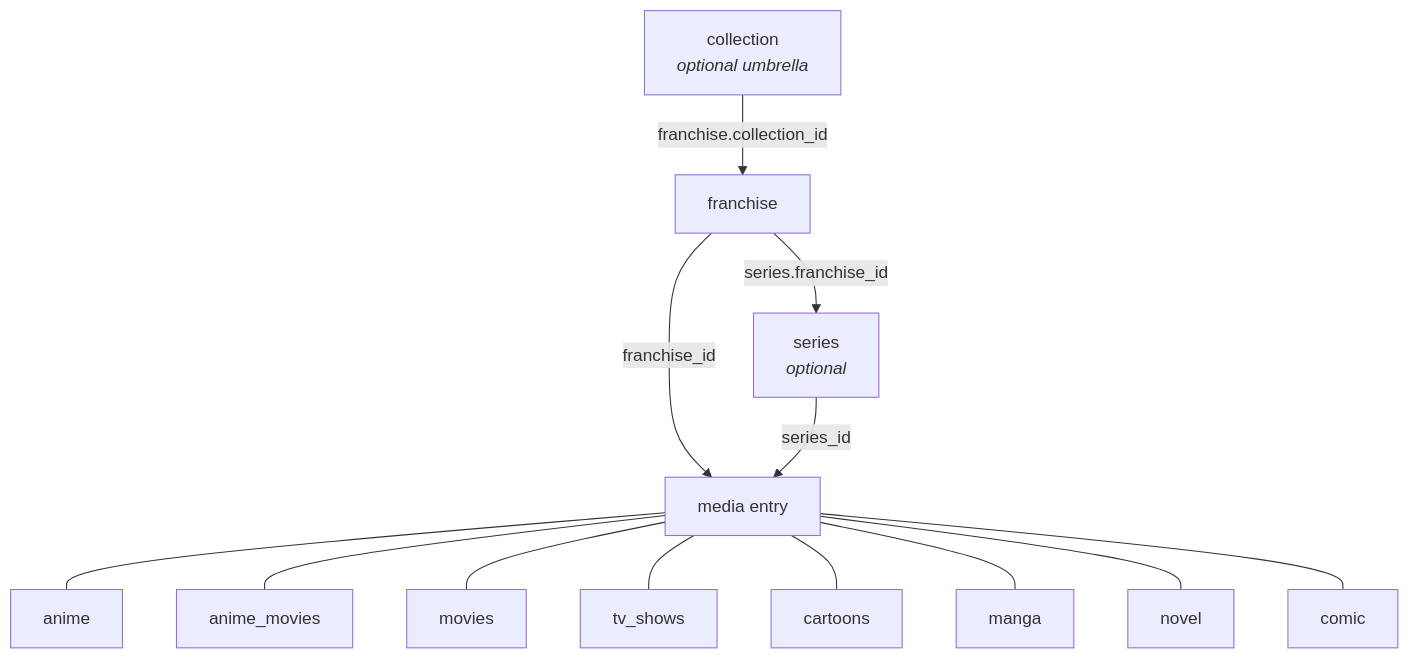
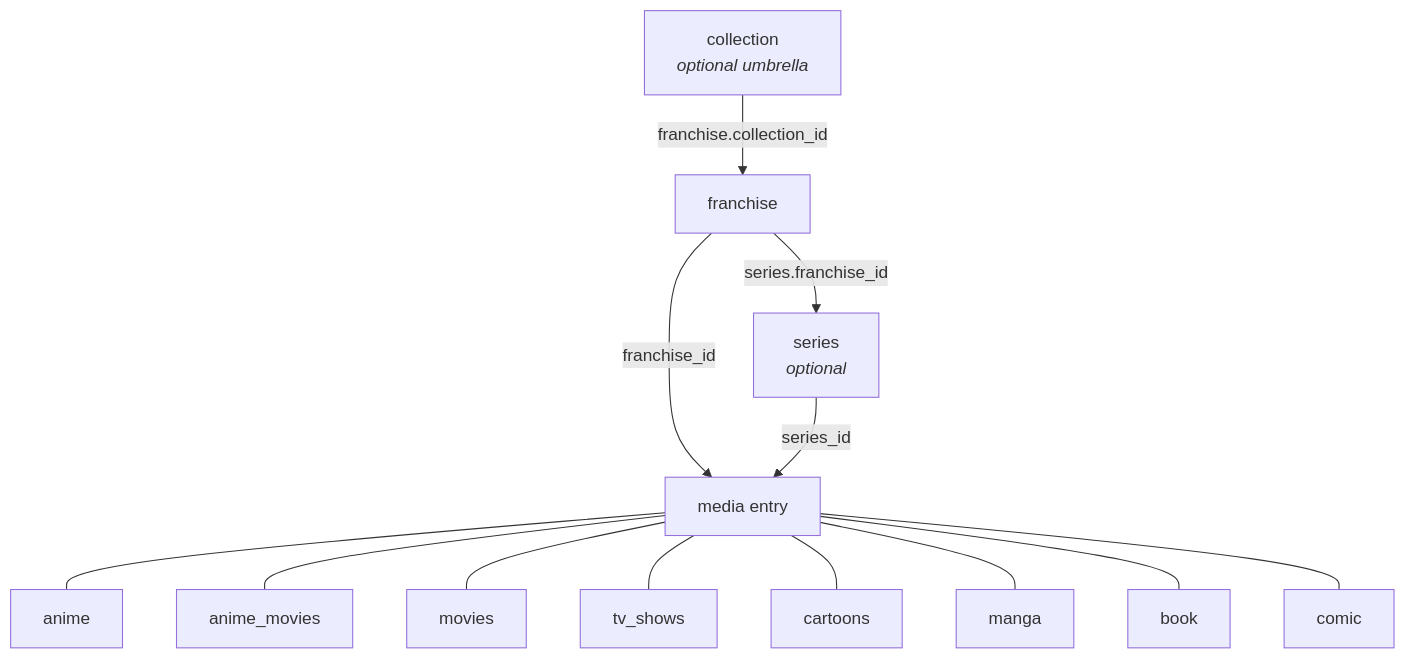
One commit to cg1618-apps/media changed the diagram in docs/data-model.md. Above: the diagram before and after it, drawn with Mermaid. The commit also changed other lines of this file and 26 other files, not shown here.

First line of the commit message:
docs(book): Novel becomes Book

````diff
--- a/docs/data-model.md
+++ b/docs/data-model.md
@@ -48,15 +48,15 @@
 ```mermaid
 flowchart TD
     C[collection<br/><i>optional umbrella</i>] -->|franchise.collection_id| F[franchise]
     F -->|series.franchise_id| S[series<br/><i>optional</i>]
     F -->|franchise_id| E[media entry]
     S -->|series_id| E
     E --- A[anime]
     E --- AM[anime_movies]
     E --- M[movies]
     E --- T[tv_shows]
     E --- CT[cartoons]
     E --- MG[manga]
-    E --- N[novel]
+    E --- N[book]
     E --- CM[comic]
 ```
````
